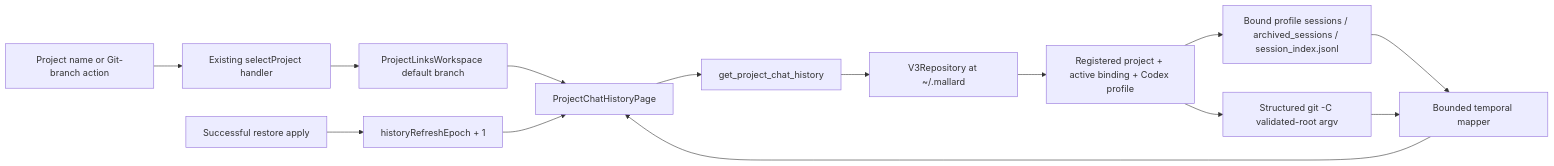
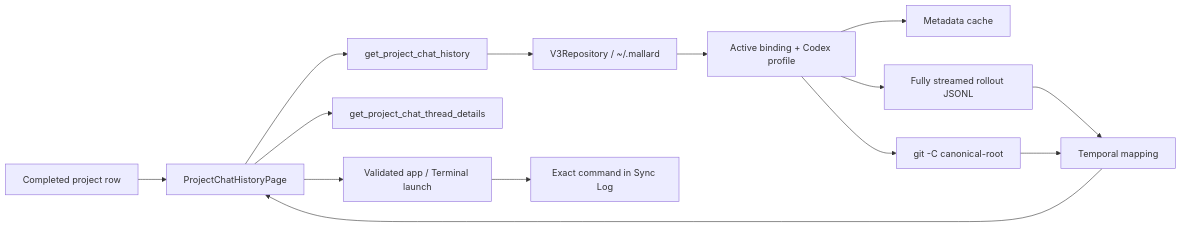
The diagram in git-chat-mapping-design/technical-design.md (Git4Agent/mallard), drawn with Mermaid before and after one commit. The commit also changed other lines of this file and 18 other files, not shown here.

First line of the commit message:
Add project activity and Codex session history

````diff
--- a/git-chat-mapping-design/technical-design.md
+++ b/git-chat-mapping-design/technical-design.md
@@ -5,16 +5,16 @@
 ```mermaid
 flowchart LR
-  Sidebar["Project name or Git-branch action"] --> Select["Existing selectProject handler"]
-  Select --> Workspace["ProjectLinksWorkspace default branch"]
-  Workspace --> Page["ProjectChatHistoryPage"]
-  Page --> API["get_project_chat_history"]
-  API --> Repo["V3Repository at ~/.mallard"]
-  Repo --> Binding["Registered project + active binding + Codex profile"]
-  Binding --> Scan["Bound profile sessions / archived_sessions / session_index.jsonl"]
-  Binding --> Git["Structured git -C validated-root argv"]
-  Scan --> Map["Bounded temporal mapper"]
-  Git --> Map
-  Map --> Page
-  Pull["Successful restore apply"] --> Epoch["historyRefreshEpoch + 1"]
-  Epoch --> Page
+  Row["Completed project row"] --> Page["ProjectChatHistoryPage"]
+  Page --> History["get_project_chat_history"]
+  Page --> Details["get_project_chat_thread_details"]
+  History --> Repo["V3Repository / ~/.mallard"]
+  Repo --> Binding["Active binding + Codex profile"]
+  Binding --> Cache["Metadata cache"]
+  Binding --> Rollouts["Fully streamed rollout JSONL"]
+  Binding --> Git["git -C canonical-root"]
+  Rollouts --> Mapping["Temporal mapping"]
+  Git --> Mapping
+  Mapping --> Page
+  Page --> Launch["Validated app / Terminal launch"]
+  Launch --> Log["Exact command in Sync Log"]
 ```
````
